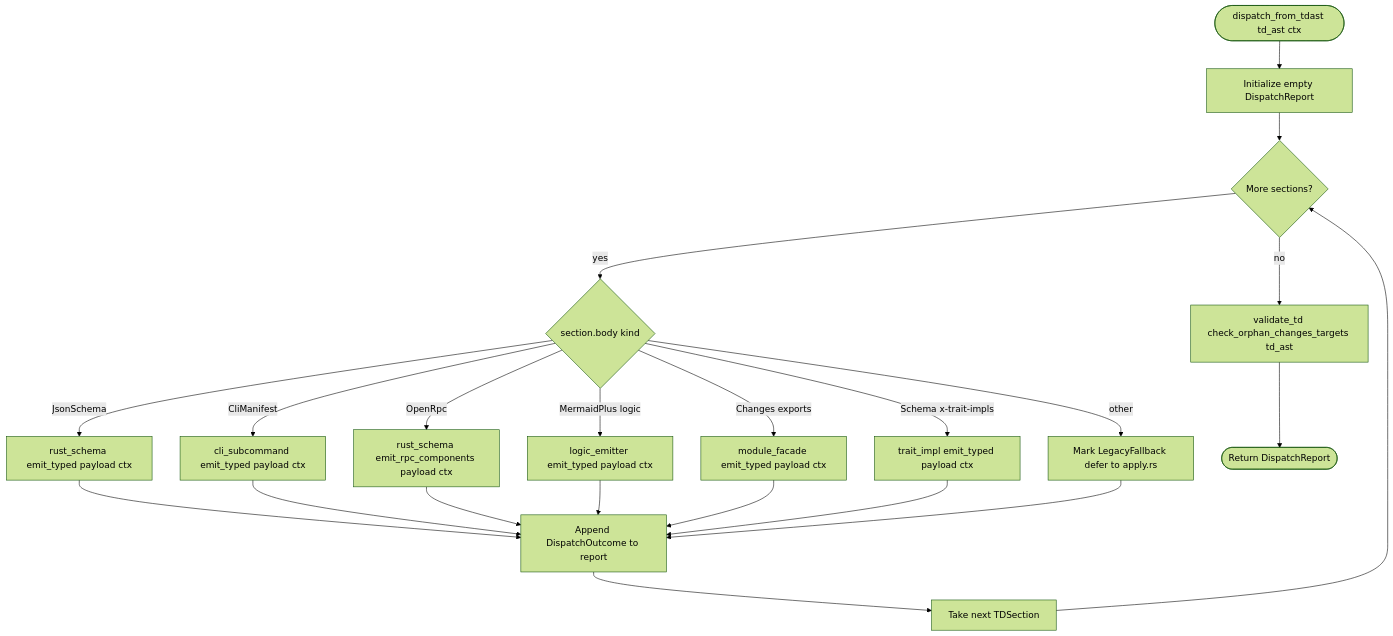
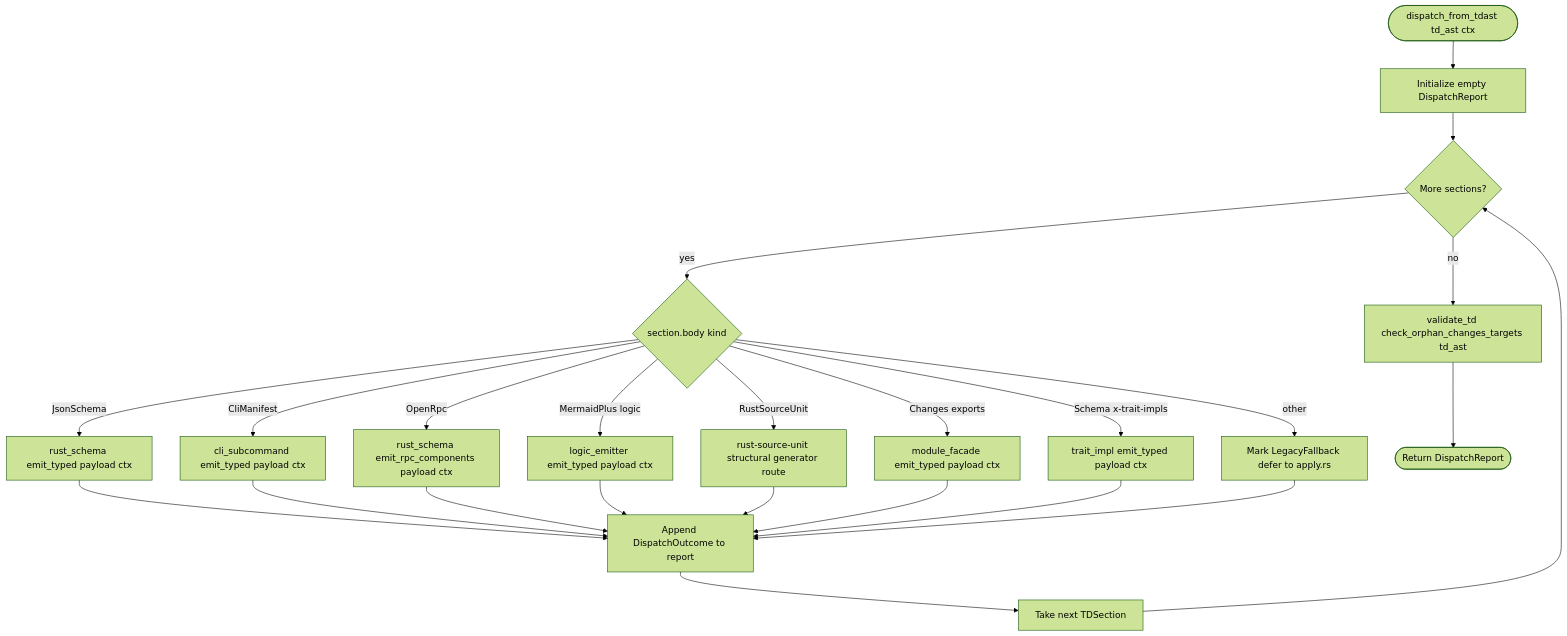
One commit to chrischeng-c4/axiom changed the diagram in projects/agentic-workflow/tech-design/core/generate/from-td-ast.md. Above: the diagram before and after it, drawn with Mermaid (forest theme). The commit also changed other lines of this file and 5 other files, not shown here.

First line of the commit message:
feat(aw): parse rust-source-unit TD sections

````diff
--- a/projects/agentic-workflow/tech-design/core/generate/from-td-ast.md
+++ b/projects/agentic-workflow/tech-design/core/generate/from-td-ast.md
@@ -203,66 +203,71 @@
 ```mermaid
 ---
 id: dispatch-from-tdast
 entry: start
 nodes:
   start:           { kind: start,    label: "dispatch_from_tdast(td_ast, ctx)" }
   init_report:     { kind: process,  label: "Initialize empty DispatchReport" }
   iter_section:    { kind: process,  label: "Take next TDSection from td_ast.sections" }
   has_more:        { kind: decision, label: "More sections?" }
   match_kind:      { kind: decision, label: "section.body kind" }
   schema_branch:   { kind: process,  label: "rust_schema::emit_typed(payload, ctx) (R2)" }
   cli_branch:      { kind: process,  label: "cli_subcommand::emit_typed(payload, ctx) (R2, R3)" }
   rpc_branch:      { kind: process,  label: "rust_schema::emit_rpc_components(payload, ctx)" }
   logic_branch:    { kind: process,  label: "logic_emitter::emit_typed(payload, ctx) (R2)" }
+  rust_source_branch: { kind: process, label: "rust-source-unit structural generator route" }
   facade_branch:   { kind: process,  label: "module_facade::emit_typed(payload, ctx) (R2)" }
   trait_branch:    { kind: process,  label: "trait_impl::emit_typed(payload, ctx) (R2)" }
   legacy_branch:   { kind: process,  label: "Mark LegacyFallback; defer to apply.rs path" }
   record_outcome:  { kind: process,  label: "Append DispatchOutcome to report" }
   walk_orphans:    { kind: process,  label: "validate_td::check_orphan_changes_targets(td_ast) (R4)" }
   done:            { kind: terminal, label: "Return DispatchReport" }
 edges:
   - { from: start,           to: init_report }
   - { from: init_report,     to: has_more }
   - { from: has_more,        to: match_kind,       label: "yes" }
   - { from: has_more,        to: walk_orphans,     label: "no" }
   - { from: match_kind,      to: schema_branch,    label: "JsonSchema" }
   - { from: match_kind,      to: cli_branch,       label: "CliManifest" }
   - { from: match_kind,      to: rpc_branch,       label: "OpenRpc" }
   - { from: match_kind,      to: logic_branch,     label: "MermaidPlus(logic)" }
+  - { from: match_kind,      to: rust_source_branch, label: "RustSourceUnit" }
   - { from: match_kind,      to: facade_branch,    label: "Changes(exports)" }
   - { from: match_kind,      to: trait_branch,     label: "Schema(x-trait-impls)" }
   - { from: match_kind,      to: legacy_branch,    label: "other" }
   - { from: schema_branch,   to: record_outcome }
   - { from: cli_branch,      to: record_outcome }
   - { from: rpc_branch,      to: record_outcome }
   - { from: logic_branch,    to: record_outcome }
+  - { from: rust_source_branch, to: record_outcome }
   - { from: facade_branch,   to: record_outcome }
   - { from: trait_branch,    to: record_outcome }
   - { from: legacy_branch,   to: record_outcome }
   - { from: record_outcome,  to: iter_section }
   - { from: iter_section,    to: has_more }
   - { from: walk_orphans,    to: done }
 ---
 flowchart TD
     start([dispatch_from_tdast td_ast ctx]) --> init_report[Initialize empty DispatchReport]
     init_report --> has_more{More sections?}
     has_more -->|no| walk_orphans[validate_td check_orphan_changes_targets td_ast]
     has_more -->|yes| match_kind{section.body kind}
     match_kind -->|JsonSchema| schema_branch[rust_schema emit_typed payload ctx]
     match_kind -->|CliManifest| cli_branch[cli_subcommand emit_typed payload ctx]
     match_kind -->|OpenRpc| rpc_branch[rust_schema emit_rpc_components payload ctx]
     match_kind -->|MermaidPlus logic| logic_branch[logic_emitter emit_typed payload ctx]
+    match_kind -->|RustSourceUnit| rust_source_branch[rust-source-unit structural generator route]
     match_kind -->|Changes exports| facade_branch[module_facade emit_typed payload ctx]
     match_kind -->|Schema x-trait-impls| trait_branch[trait_impl emit_typed payload ctx]
     match_kind -->|other| legacy_branch[Mark LegacyFallback defer to apply.rs]
     schema_branch --> record_outcome[Append DispatchOutcome to report]
     cli_branch --> record_outcome
     rpc_branch --> record_outcome
     logic_branch --> record_outcome
+    rust_source_branch --> record_outcome
     facade_branch --> record_outcome
     trait_branch --> record_outcome
     legacy_branch --> record_outcome
     record_outcome --> iter_section[Take next TDSection]
     iter_section --> has_more
     walk_orphans --> done([Return DispatchReport])
 ```
````
